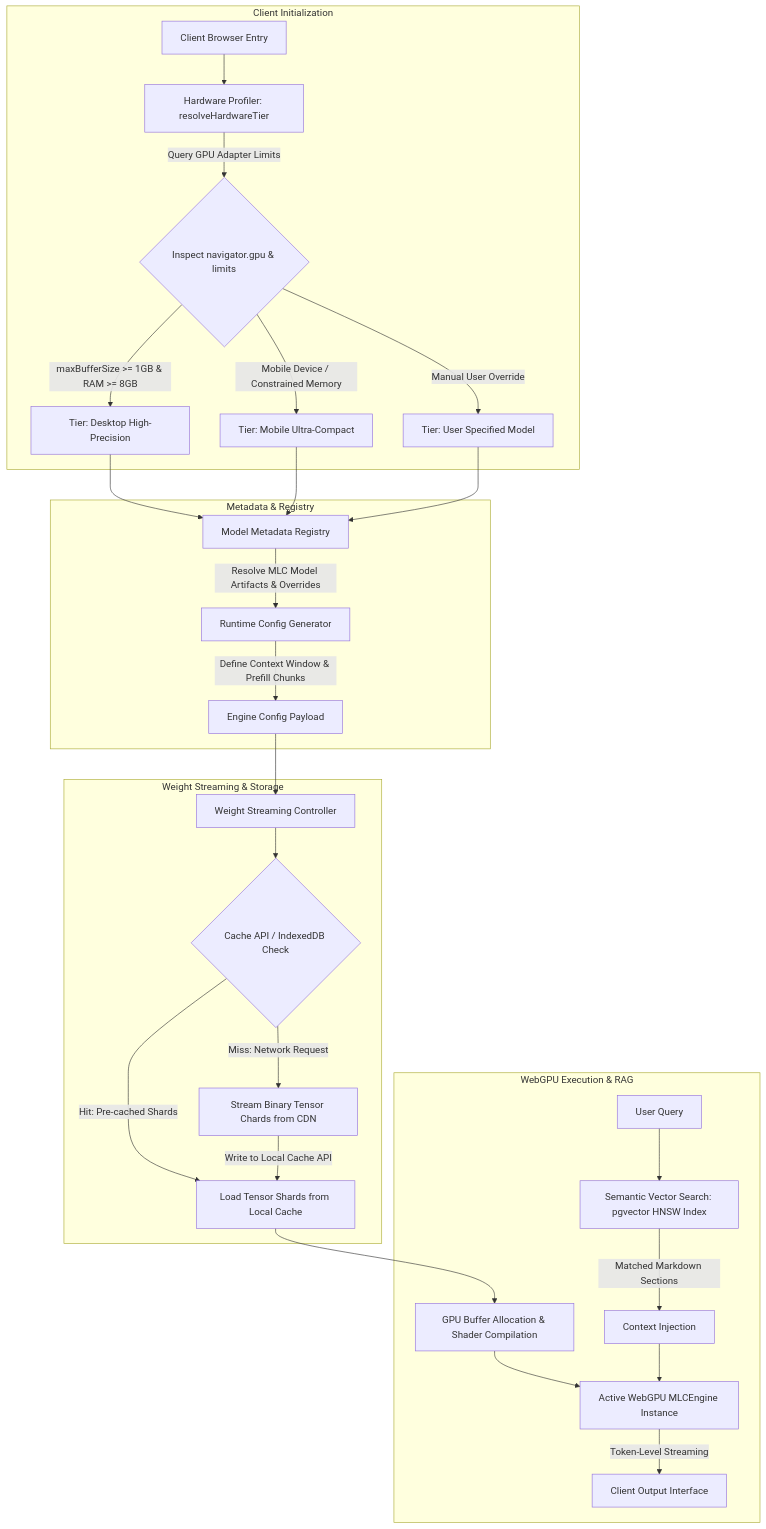
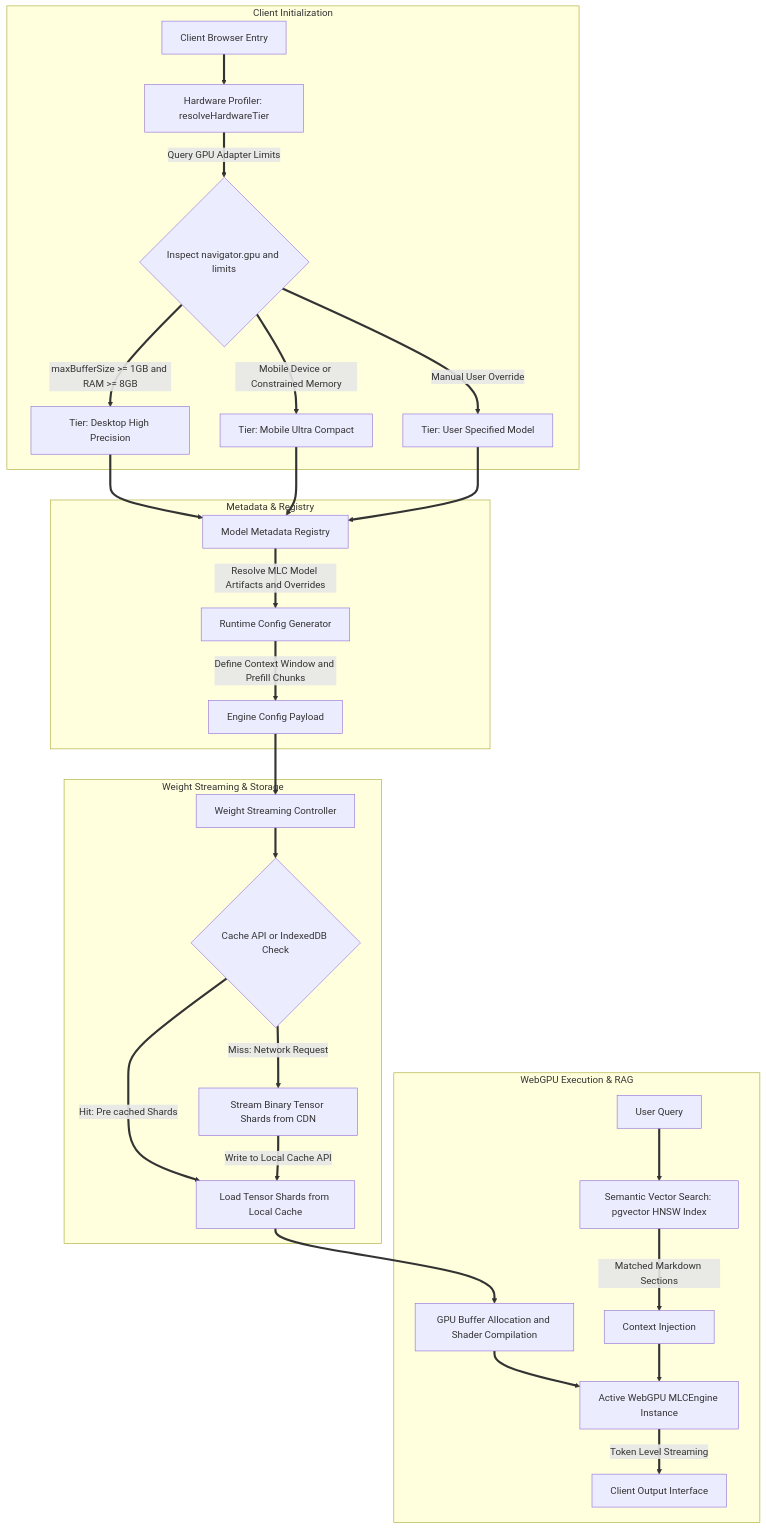
Before and after one commit to umutcantezgel-cpu/Starpi: the diagram in README.md, drawn with Mermaid. The commit also changed other lines of this file and 10 other files, not shown here.

````diff
--- a/README.md
+++ b/README.md
@@ -17,35 +17,35 @@
 ```mermaid
 flowchart TD
     subgraph Client Initialization
-        A[Client Browser Entry] --> B[Hardware Profiler: resolveHardwareTier]
-        B -->|Query GPU Adapter Limits| C{Inspect navigator.gpu & limits}
-        C -->|maxBufferSize >= 1GB & RAM >= 8GB| D[Tier: Desktop High-Precision]
-        C -->|Mobile Device / Constrained Memory| E[Tier: Mobile Ultra-Compact]
-        C -->|Manual User Override| F[Tier: User Specified Model]
+        A[Client Browser Entry] ==> B[Hardware Profiler: resolveHardwareTier]
+        B ==>|Query GPU Adapter Limits| C{Inspect navigator.gpu and limits}
+        C ==>|maxBufferSize >= 1GB and RAM >= 8GB| D[Tier: Desktop High Precision]
+        C ==>|Mobile Device or Constrained Memory| E[Tier: Mobile Ultra Compact]
+        C ==>|Manual User Override| F[Tier: User Specified Model]
     end
 
     subgraph Metadata & Registry
-        D --> G[Model Metadata Registry]
-        E --> G
-        F --> G
-        G -->|Resolve MLC Model Artifacts & Overrides| H[Runtime Config Generator]
-        H -->|Define Context Window & Prefill Chunks| I[Engine Config Payload]
+        D ==> G[Model Metadata Registry]
+        E ==> G
+        F ==> G
+        G ==>|Resolve MLC Model Artifacts and Overrides| H[Runtime Config Generator]
+        H ==>|Define Context Window and Prefill Chunks| I[Engine Config Payload]
     end
 
     subgraph Weight Streaming & Storage
-        I --> J[Weight Streaming Controller]
-        J --> K{Cache API / IndexedDB Check}
-        K -->|Hit: Pre-cached Shards| L[Load Tensor Shards from Local Cache]
-        K -->|Miss: Network Request| M[Stream Binary Tensor Chards from CDN]
-        M -->|Write to Local Cache API| L
+        I ==> J[Weight Streaming Controller]
+        J ==> K{Cache API or IndexedDB Check}
+        K ==>|Hit: Pre cached Shards| L[Load Tensor Shards from Local Cache]
+        K ==>|Miss: Network Request| M[Stream Binary Tensor Shards from CDN]
+        M ==>|Write to Local Cache API| L
     end
 
     subgraph WebGPU Execution & RAG
-        L --> N[GPU Buffer Allocation & Shader Compilation]
-        N --> O[Active WebGPU MLCEngine Instance]
-        P[User Query] --> Q[Semantic Vector Search: pgvector HNSW Index]
-        Q -->|Matched Markdown Sections| R[Context Injection]
-        R --> O
-        O -->|Token-Level Streaming| S[Client Output Interface]
+        L ==> N[GPU Buffer Allocation and Shader Compilation]
+        N ==> O[Active WebGPU MLCEngine Instance]
+        P[User Query] ==> Q[Semantic Vector Search: pgvector HNSW Index]
+        Q ==>|Matched Markdown Sections| R[Context Injection]
+        R ==> O
+        O ==>|Token Level Streaming| S[Client Output Interface]
     end
 ```
````
